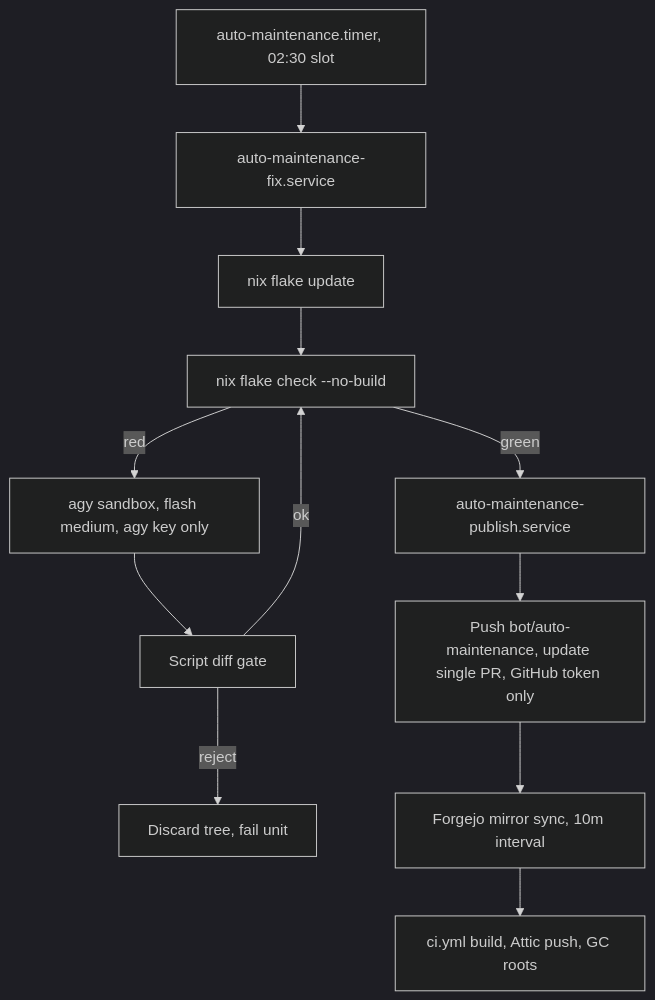
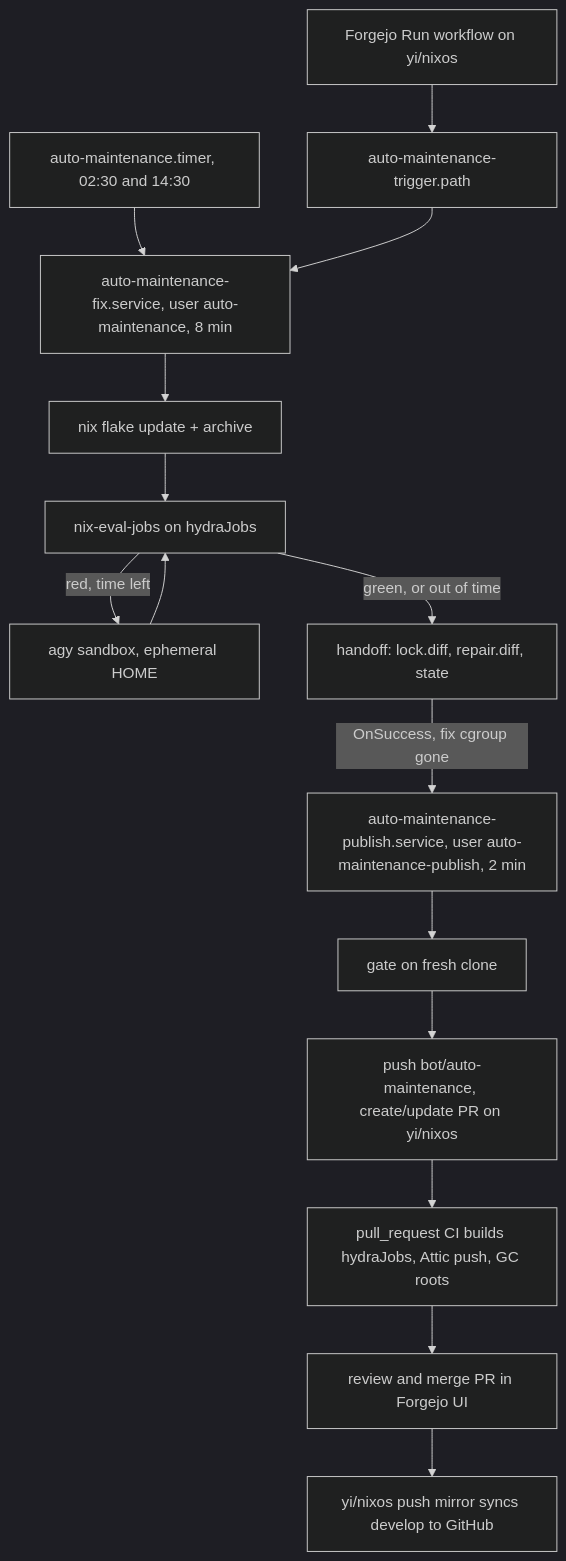
Before and after one commit to categoricalcat/nixos: the diagram in docs/src/plans/auto-maintenance-bot-plan.md, drawn with Mermaid (dark theme). The commit also changed other lines of this file and 5 other files, not shown here.

First line of the commit message:
ssh, forgejo: configure SSH routing for git domain, refine bot plan, and update inputs

````diff
--- a/docs/src/plans/auto-maintenance-bot-plan.md
+++ b/docs/src/plans/auto-maintenance-bot-plan.md
@@ -35,14 +58,17 @@
 ```mermaid
 flowchart TD
-  timer["auto-maintenance.timer, 02:30 slot"] --> fix[auto-maintenance-fix.service]
-  fix --> update[nix flake update]
-  update --> check[nix flake check --no-build]
-  check -->|red| agy["agy sandbox, flash medium, agy key only"]
-  agy --> gate[Script diff gate]
-  gate -->|ok| check
-  gate -->|reject| failNode[Discard tree, fail unit]
-  check -->|green| publish[auto-maintenance-publish.service]
-  publish --> pr["Push bot/auto-maintenance, update single PR, GitHub token only"]
-  pr --> mirror["Forgejo mirror sync, 10m interval"]
-  mirror --> ci["ci.yml build, Attic push, GC roots"]
+  timer["auto-maintenance.timer, 02:30 and 14:30"] --> fix
+  button["Forgejo Run workflow on yi/nixos"] --> trig["auto-maintenance-trigger.path"]
+  trig --> fix["auto-maintenance-fix.service, user auto-maintenance, 8 min"]
+  fix --> upd["nix flake update + archive"]
+  upd --> evalStep["nix-eval-jobs on hydraJobs"]
+  evalStep -->|"red, time left"| agy["agy sandbox, ephemeral HOME"]
+  agy --> evalStep
+  evalStep -->|"green, or out of time"| handoff["handoff: lock.diff, repair.diff, state"]
+  handoff -->|"OnSuccess, fix cgroup gone"| pub["auto-maintenance-publish.service, user auto-maintenance-publish, 2 min"]
+  pub --> gate["gate on fresh clone"]
+  gate --> pr["push bot/auto-maintenance, create/update PR on yi/nixos"]
+  pr --> ci["pull_request CI builds hydraJobs, Attic push, GC roots"]
+  ci --> review["review and merge PR in Forgejo UI"]
+  review --> mirror["yi/nixos push mirror syncs develop to GitHub"]
 ```
````
